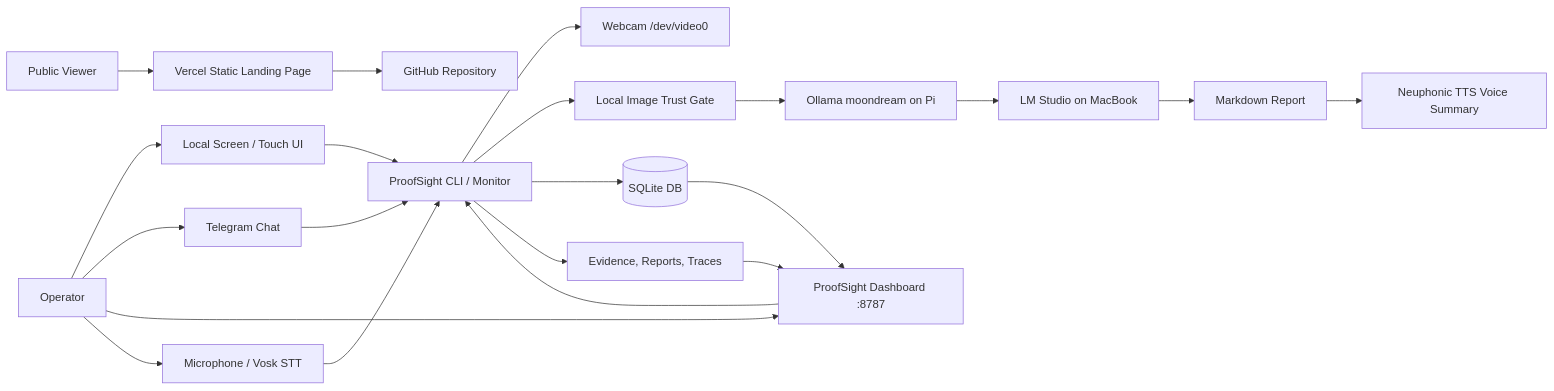
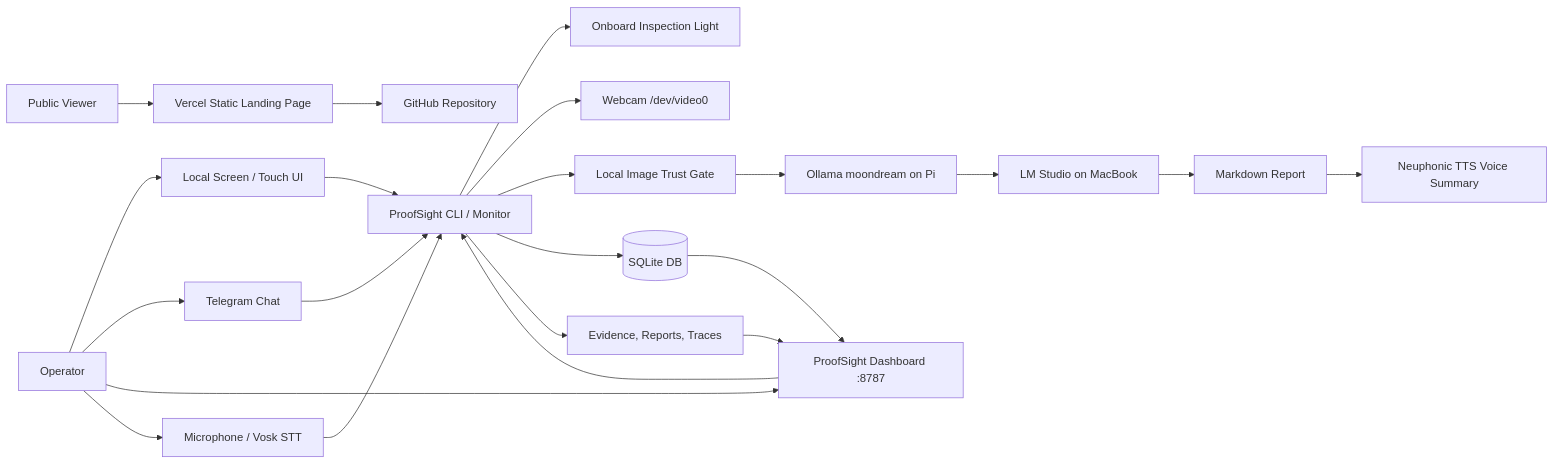
The diagram in README.md (MasteraSnackin/ProofSight), drawn with Mermaid before and after one commit. The commit also changed other lines of this file and 1 other file, not shown here.

Commit message:
docs: document ProofSight onboard lighting commands

````diff
--- a/README.md
+++ b/README.md
@@ -82,23 +84,24 @@
 ```mermaid
 flowchart LR
   Operator[Operator] --> Screen[Local Screen / Touch UI]
   Operator --> Telegram[Telegram Chat]
   Operator --> Dashboard[ProofSight Dashboard :8787]
   Operator --> Mic[Microphone / Vosk STT]
+  Agent --> Light[Onboard Inspection Light]
   Screen --> Agent[ProofSight CLI / Monitor]
   Telegram --> Agent[ProofSight CLI / Monitor]
   Mic --> Agent
   Dashboard --> Agent[ProofSight CLI / Monitor]
   Agent --> Camera[Webcam /dev/video0]
   Agent --> Gate[Local Image Trust Gate]
   Gate --> Vision[Ollama moondream on Pi]
   Vision --> Reasoning[LM Studio on MacBook]
   Reasoning --> Report[Markdown Report]
   Report --> Voice[Neuphonic TTS Voice Summary]
   Agent --> Store[(SQLite DB)]
   Agent --> Files[Evidence, Reports, Traces]
   Files --> Dashboard
   Store --> Dashboard
   Public[Public Viewer] --> Vercel[Vercel Static Landing Page]
   Vercel --> Repo[GitHub Repository]
 ```
````
